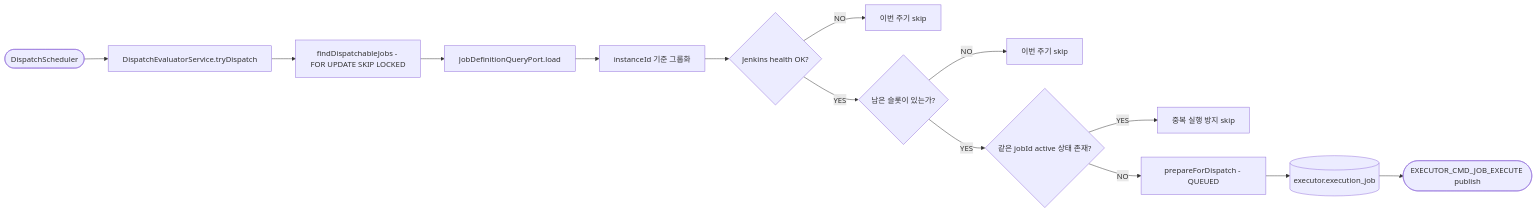
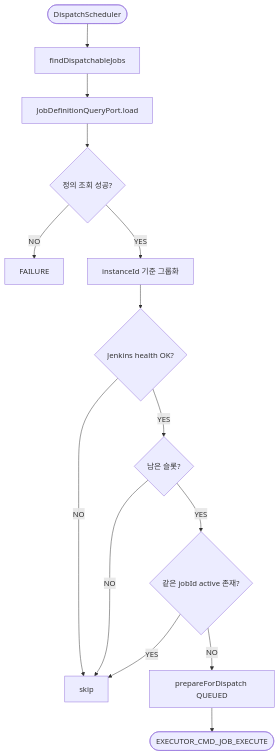
The first of 3 diagrams in executor/docs/use-cases/02-evaluate-dispatch.md (scofe97/Redpanda-PlayGround), drawn with Mermaid before and after one commit. The commit also changed other lines of this file and 103 other files, not shown here.

````diff
--- a/executor/docs/use-cases/02-evaluate-dispatch.md
+++ b/executor/docs/use-cases/02-evaluate-dispatch.md
@@ -13,16 +9,16 @@
 ```mermaid
-flowchart LR
-    A([DispatchScheduler]) --> B[DispatchEvaluatorService.tryDispatch]
-    B --> C[findDispatchableJobs - FOR UPDATE SKIP LOCKED]
-    C --> D[JobDefinitionQueryPort.load]
-    D --> E[instanceId 기준 그룹화]
+graph TD
+    A([DispatchScheduler]) --> B[findDispatchableJobs]
+    B --> C[JobDefinitionQueryPort.load]
+    C --> D{정의 조회 성공?}
+    D -->|NO| R[FAILURE]
+    D -->|YES| E[instanceId 기준 그룹화]
     E --> F{Jenkins health OK?}
-    F -->|NO| G[이번 주기 skip]
-    F -->|YES| H{남은 슬롯이 있는가?}
-    H -->|NO| I[이번 주기 skip]
-    H -->|YES| J{같은 jobId active 상태 존재?}
-    J -->|YES| K[중복 실행 방지 skip]
-    J -->|NO| L[prepareForDispatch - QUEUED]
-    L --> M[(executor.execution_job)]
-    M --> N([EXECUTOR_CMD_JOB_EXECUTE publish])
+    F -->|NO| G[skip]
+    F -->|YES| H{남은 슬롯?}
+    H -->|NO| G
+    H -->|YES| I{같은 jobId active 존재?}
+    I -->|YES| G
+    I -->|NO| J[prepareForDispatch QUEUED]
+    J --> K([EXECUTOR_CMD_JOB_EXECUTE])
 ```
````
